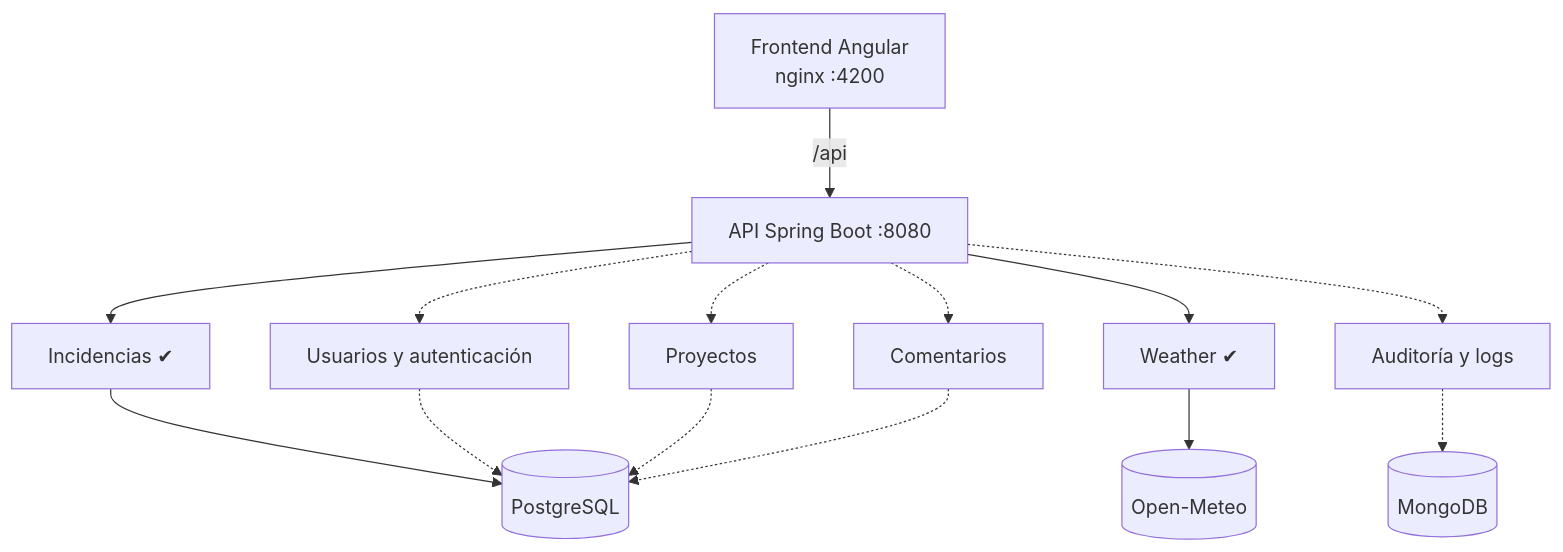
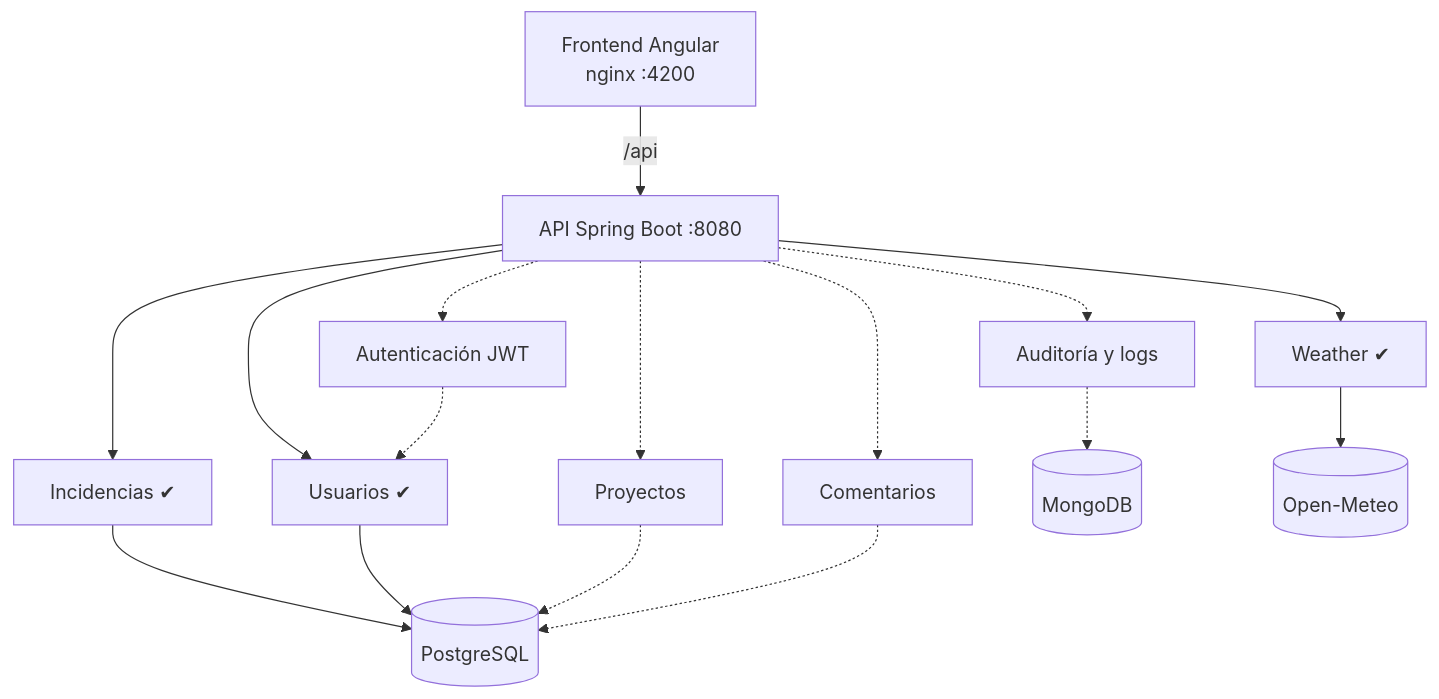
One commit to poravv/mini-jira changed the diagram in docs/ARCHITECTURE.md. Above: the diagram before and after it, drawn with Mermaid. The commit also changed other lines of this file and 7 other files, not shown here.

First line of the commit message:
docs: reflejar módulo user ya mergeado y aclarar tarea de login JWT en módulo auth

````diff
--- a/docs/ARCHITECTURE.md
+++ b/docs/ARCHITECTURE.md
@@ -7,16 +7,18 @@
 ```mermaid
 flowchart TD
     FE[Frontend Angular<br/>nginx :4200] -->|/api| API[API Spring Boot :8080]
     API --> INC[Incidencias ✔]
     API --> WE[Weather ✔]
-    API -.-> US[Usuarios y autenticación]
+    API --> US[Usuarios ✔]
+    API -.-> AUTH[Autenticación JWT]
     API -.-> PR[Proyectos]
     API -.-> CO[Comentarios]
     API -.-> AU[Auditoría y logs]
     INC --> PG[(PostgreSQL)]
-    US -.-> PG
+    US --> PG
+    AUTH -.-> US
     PR -.-> PG
     CO -.-> PG
     AU -.-> MG[(MongoDB)]
     WE --> OM[(Open-Meteo)]
 ```
````
